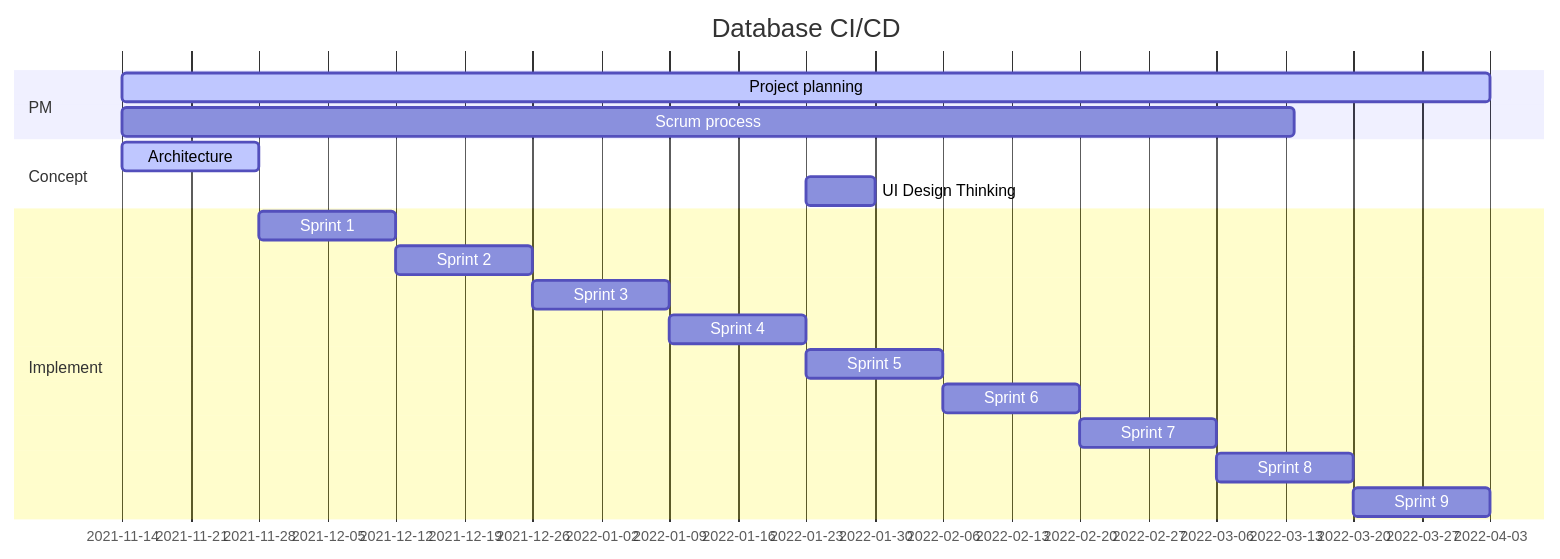
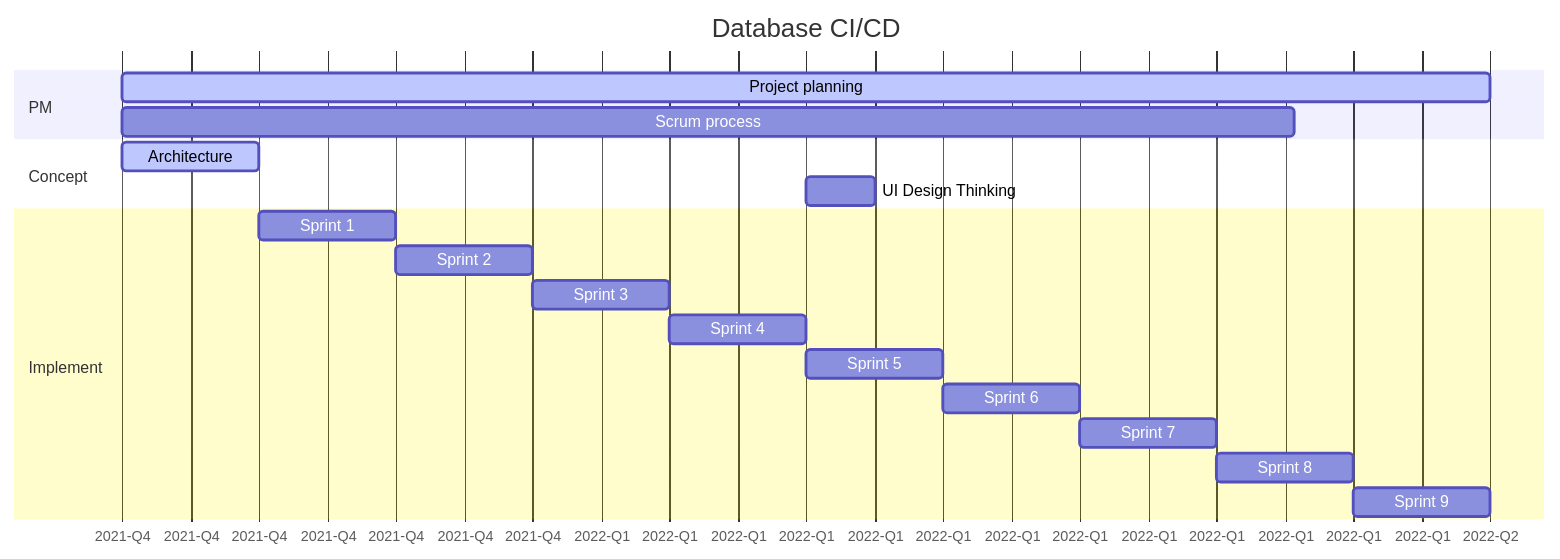
Before and after one commit to rtdi/AppContainer: the diagram in README.md, drawn with Mermaid.

````diff
--- a/README.md
+++ b/README.md
@@ -11,21 +11,22 @@
 ```mermaid
 gantt
     title Database CI/CD
     dateFormat  YYYY-MM-DD
+    axisFormat  %Y-Q%q
     section PM
         Project planning            :active,    PP,          2021-11-14,          140d
         Scrum process               :           SCRUM,       2021-11-14,          120d
     section Concept
         Architecture                :active,    ARCH,        2021-11-14,           14d
         UI Design Thinking          :           UI,          after SPRINT04,        7d
     section Implement
         Sprint 1                    :           SPRINT01,    after ARCH,           14d
         Sprint 2                    :           SPRINT02,    after SPRINT01,       14d
         Sprint 3                    :           SPRINT03,    after SPRINT02,       14d
         Sprint 4                    :           SPRINT04,    after SPRINT03,       14d
         Sprint 5                    :           SPRINT05,    after SPRINT04,       14d
         Sprint 6                    :           SPRINT06,    after SPRINT05,       14d
         Sprint 7                    :           SPRINT07,    after SPRINT06,       14d
         Sprint 8                    :           SPRINT08,    after SPRINT07,       14d
         Sprint 9                    :           SPRINT09,    after SPRINT08,       14d
 ```
````
